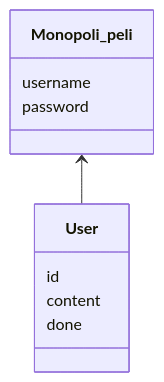
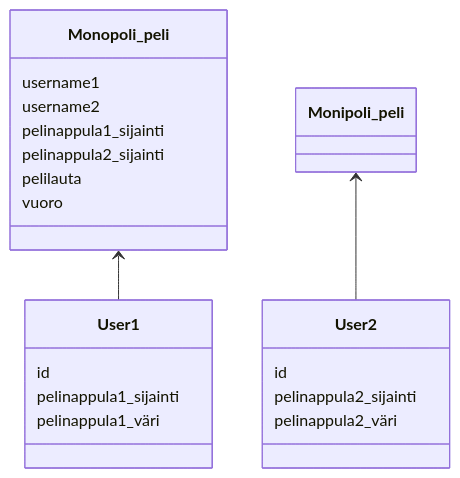
One commit to ds20220914/ohjelmistotekniikka changed the diagram in laskarit/viikko3/monopoli.md. Above: the diagram before and after it, drawn with Mermaid.

Commit message:
uusi kaavio

````diff
--- a/laskarit/viikko3/monopoli.md
+++ b/laskarit/viikko3/monopoli.md
@@ -1,13 +1,26 @@
 ```mermaid
  classDiagram
-      Monopoli_peli <-- User
+      Monopoli_peli <-- User1
+      Monipoli_peli <-- User2
       class Monopoli_peli{
-          username
-          password
+          username1
+          username2
+          pelinappula1_sijainti
+          pelinappula2_sijainti
+          pelilauta
+          vuoro
       }
-      class User{
+      class User1{
           id
-          content
-          done
+          pelinappula1_sijainti
+          pelinappula1_väri
+	  
       }
+      class User2{
+          id
+          pelinappula2_sijainti
+          pelinappula2_väri
+            
+      }
+
 ```
````
